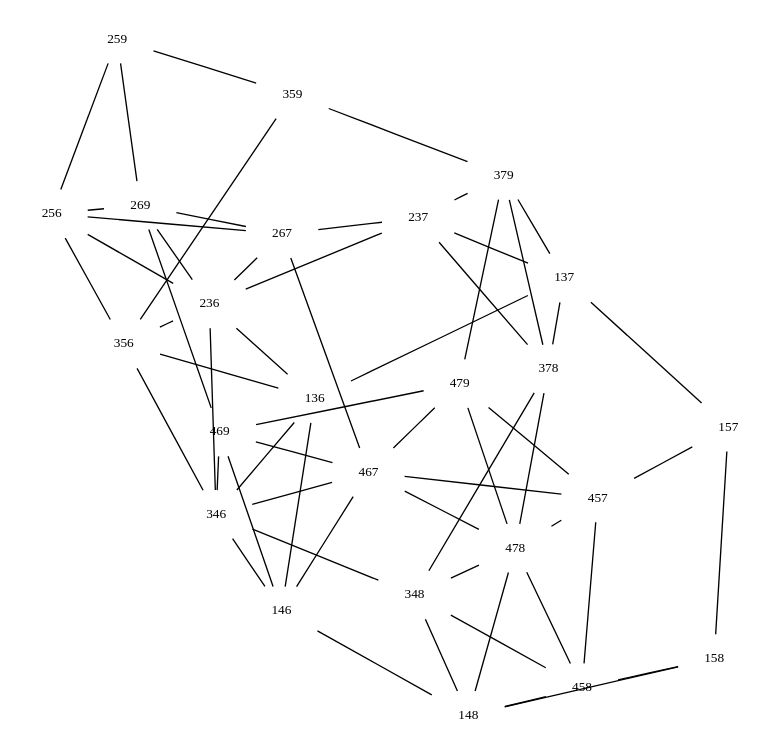
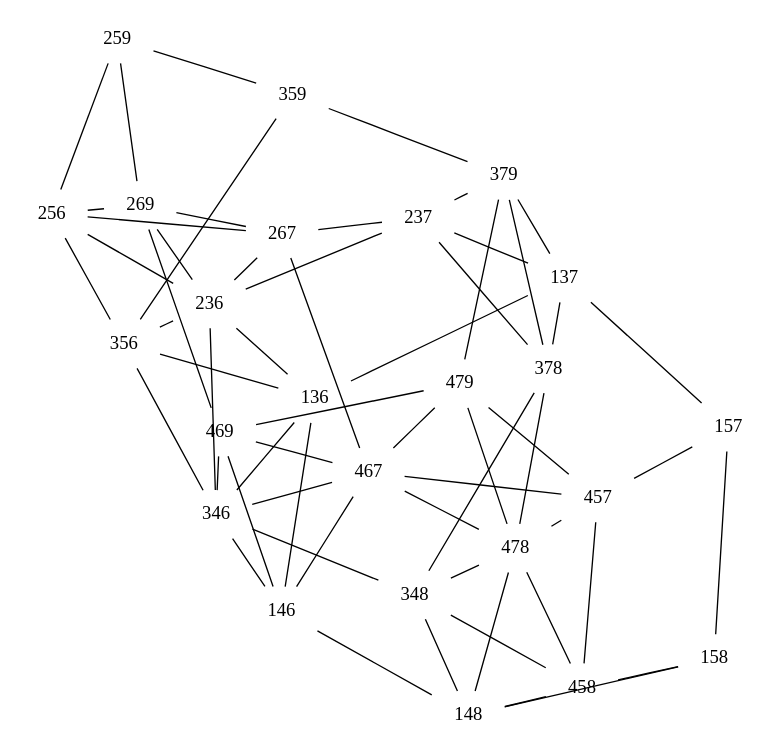
One commit to rd--/hmt changed the diagram in data/dot/tj/oh/tj_oh_p148.0.dot. Above: the diagram before and after it, drawn with Graphviz. The commit also changed 34 other files, not shown here.

```diff
--- a/data/dot/tj/oh/tj_oh_p148.0.dot
+++ b/data/dot/tj/oh/tj_oh_p148.0.dot
@@ -1,90 +1,90 @@
 graph
  g {
-edge [len=1.75];
-graph [layout=neato,epsilon=0.000001];
-node [shape=plaintext,fontsize=10,fontname="century schoolbook"];
-0 [label="136"];
-1 [label="137"];
-2 [label="146"];
-3 [label="236"];
-4 [label="346"];
-5 [label="356"];
-6 [label="157"];
-7 [label="237"];
-8 [label="378"];
-9 [label="379"];
-10 [label="148"];
-11 [label="467"];
-12 [label="469"];
-13 [label="158"];
-14 [label="348"];
-15 [label="458"];
-16 [label="478"];
-17 [label="457"];
-18 [label="256"];
-19 [label="267"];
-20 [label="269"];
-21 [label="259"];
-22 [label="359"];
-23 [label="479"];
+edge [len=1.75]
+graph [layout=neato,epsilon=0.000001,fontsize=10,fontname="century schoolbook"]
+node [shape=plaintext]
+0 [label=136];
+1 [label=137];
+2 [label=146];
+3 [label=236];
+4 [label=346];
+5 [label=356];
+6 [label=157];
+7 [label=237];
+8 [label=378];
+9 [label=379];
+10 [label=148];
+11 [label=467];
+12 [label=469];
+13 [label=158];
+14 [label=348];
+15 [label=458];
+16 [label=478];
+17 [label=457];
+18 [label=256];
+19 [label=267];
+20 [label=269];
+21 [label=259];
+22 [label=359];
+23 [label=479];
 0 -- 1;
 0 -- 2;
 0 -- 3;
 0 -- 4;
 0 -- 5;
 1 -- 6;
 1 -- 7;
 1 -- 8;
 1 -- 9;
 2 -- 4;
 2 -- 10;
 2 -- 11;
 2 -- 12;
 3 -- 4;
 3 -- 5;
 3 -- 7;
 3 -- 18;
 3 -- 19;
 3 -- 20;
 4 -- 5;
 4 -- 11;
 4 -- 12;
 4 -- 14;
 5 -- 22;
 6 -- 13;
 6 -- 17;
 7 -- 8;
 7 -- 9;
 7 -- 19;
 8 -- 9;
 8 -- 16;
 9 -- 23;
 10 -- 13;
 10 -- 14;
 10 -- 15;
 10 -- 16;
 11 -- 12;
 11 -- 16;
 11 -- 23;
 12 -- 23;
 13 -- 15;
 14 -- 8;
 14 -- 15;
 14 -- 16;
 15 -- 16;
 16 -- 23;
 17 -- 11;
 17 -- 15;
 17 -- 16;
 17 -- 23;
 18 -- 5;
 18 -- 19;
 18 -- 20;
 18 -- 21;
 19 -- 11;
 19 -- 20;
 20 -- 12;
 21 -- 20;
 21 -- 22;
 22 -- 9;
 }
```
